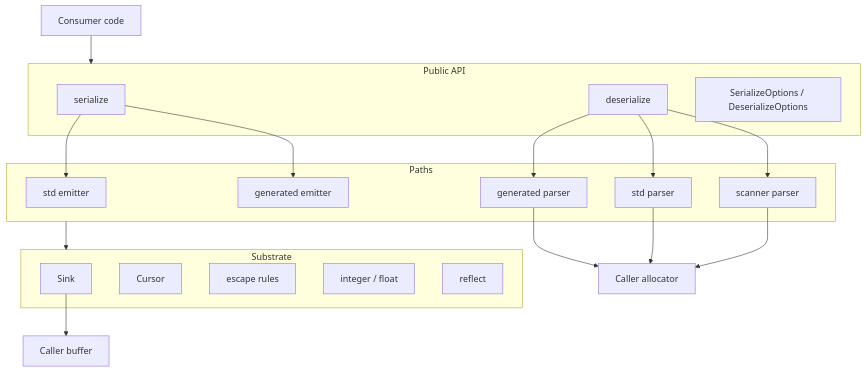
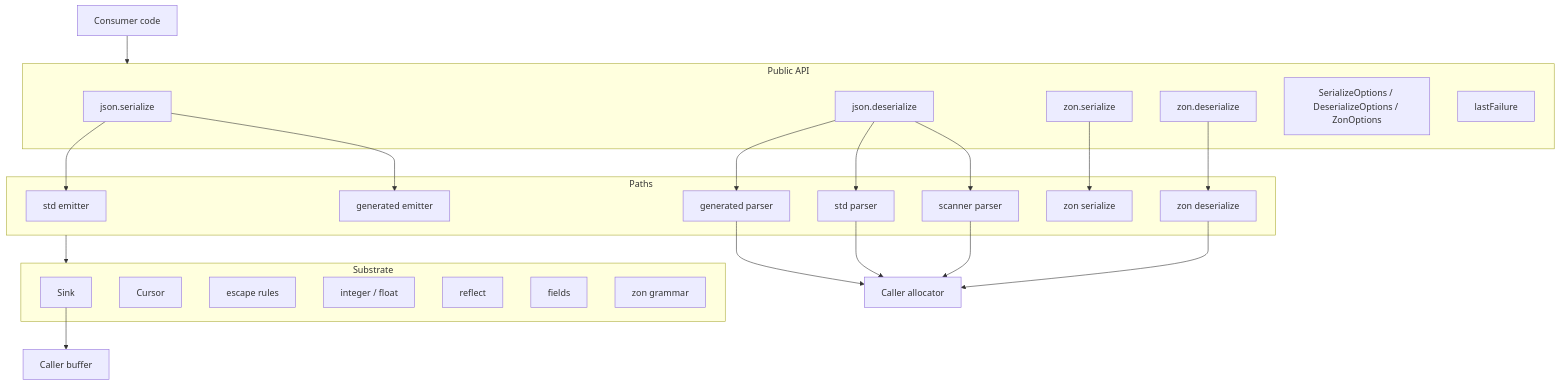
One commit to prothegee/zix changed the first of 4 diagrams in src/jzon/docs/hld-en.md. Above: the diagram before and after it, drawn with Mermaid. The commit also changed other lines of this file, not shown here.

First line of the commit message:
add the ZON layer to the jzon hld

````diff
--- a/src/jzon/docs/hld-en.md
+++ b/src/jzon/docs/hld-en.md
@@ -11,37 +11,47 @@
 ```mermaid
 flowchart TB
     app[Consumer code]
     subgraph api [Public API]
-        ser[serialize]
-        des[deserialize]
-        opts[SerializeOptions / DeserializeOptions]
+        jser[json.serialize]
+        jdes[json.deserialize]
+        zser[zon.serialize]
+        zdes[zon.deserialize]
+        opts[SerializeOptions / DeserializeOptions / ZonOptions]
+        fail[lastFailure]
     end
     subgraph paths [Paths]
         stdemit[std emitter]
         genemit[generated emitter]
         stdparse[std parser]
         scanparse[scanner parser]
         genparse[generated parser]
+        zonemit[zon serialize]
+        zonparse[zon deserialize]
     end
     subgraph substrate [Substrate]
         sink[Sink]
         cursor[Cursor]
         escape[escape rules]
         number[integer / float]
         reflect[reflect]
+        fields[fields]
+        grammar[zon grammar]
     end
     buf[Caller buffer]
     alloc[Caller allocator]
 
     app --> api
-    ser --> stdemit
-    ser --> genemit
-    des --> stdparse
-    des --> scanparse
-    des --> genparse
+    jser --> stdemit
+    jser --> genemit
+    jdes --> stdparse
+    jdes --> scanparse
+    jdes --> genparse
+    zser --> zonemit
+    zdes --> zonparse
     paths --> substrate
     sink --> buf
     genparse --> alloc
     stdparse --> alloc
     scanparse --> alloc
+    zonparse --> alloc
 ```
````
